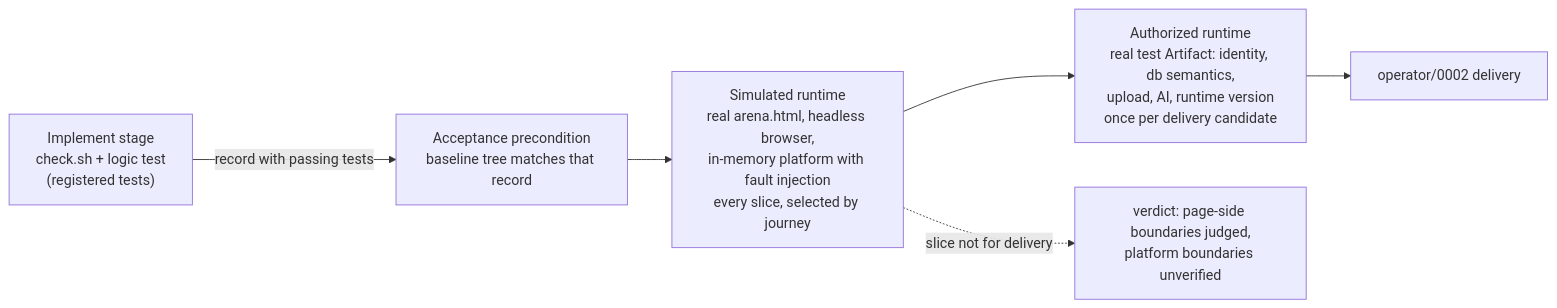
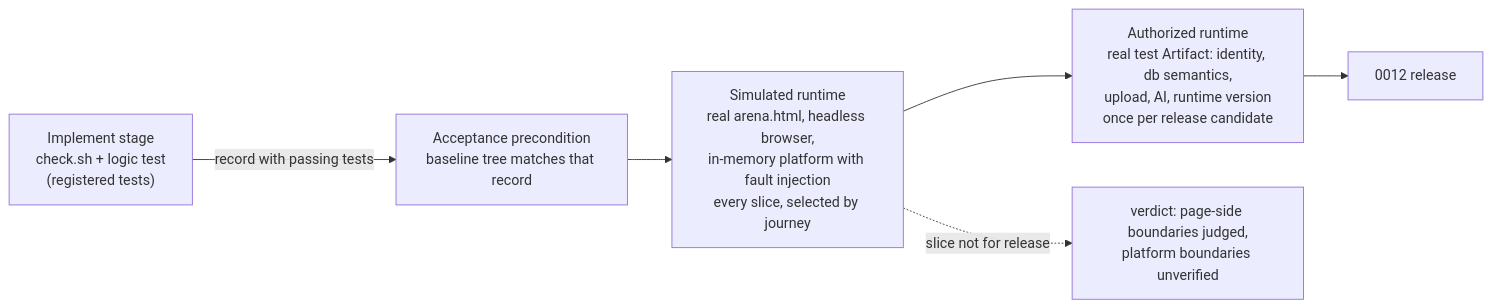
Before and after one commit to lengthlong/exercise_arena: the diagram in record/discuss/0040-verify-phase-review.md, drawn with Mermaid. The commit also changed other lines of this file, not shown here.

First line of the commit message:
Discussion 0040: follow the v0.44.0 layout (journey IDs, release terms)

````diff
--- a/record/discuss/0040-verify-phase-review.md
+++ b/record/discuss/0040-verify-phase-review.md
@@ -29,8 +29,8 @@
 ```mermaid
 flowchart LR
     I["Implement stage<br/>check.sh + logic test<br/>(registered tests)"] -->|record with passing tests| V0["Acceptance precondition<br/>baseline tree matches that record"]
     V0 --> S["Simulated runtime<br/>real arena.html, headless browser,<br/>in-memory platform with fault injection<br/>every slice, selected by journey"]
-    S --> A["Authorized runtime<br/>real test Artifact: identity, db semantics,<br/>upload, AI, runtime version<br/>once per delivery candidate"]
-    A --> D["operator/0002 delivery"]
-    S -. "slice not for delivery" .-> R["verdict: page-side boundaries judged,<br/>platform boundaries unverified"]
+    S --> A["Authorized runtime<br/>real test Artifact: identity, db semantics,<br/>upload, AI, runtime version<br/>once per release candidate"]
+    A --> D["0012 release"]
+    S -. "slice not for release" .-> R["verdict: page-side boundaries judged,<br/>platform boundaries unverified"]
 ```
````
